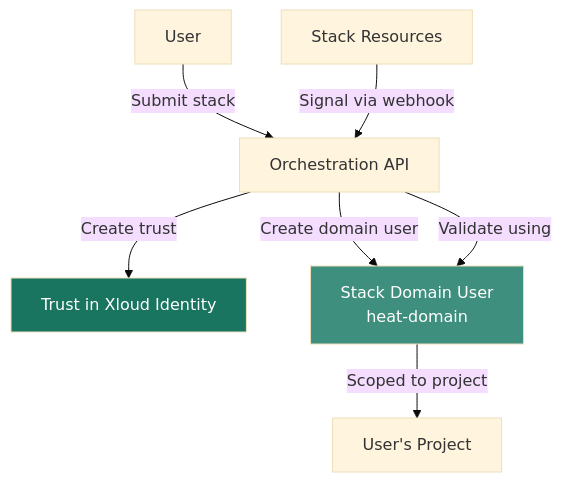
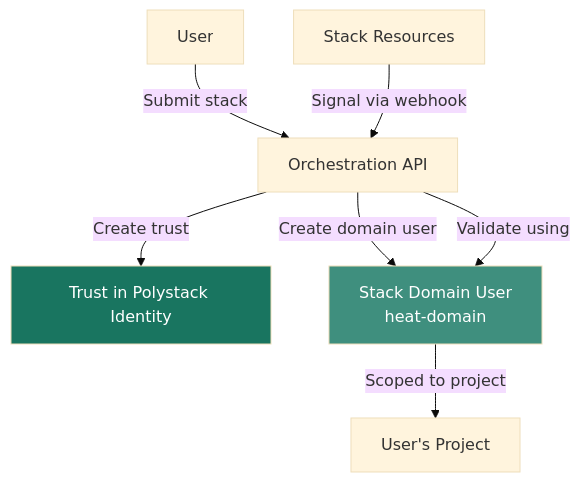
One commit to ankur-kumar87/docs-polystack changed the diagram in services/orchestration/security.mdx. Above: the diagram before and after it, drawn with Mermaid (base theme). The commit also changed other lines of this file and 425 other files, not shown here.

````diff
--- a/services/orchestration/security.mdx
+++ b/services/orchestration/security.mdx
@@ -30,11 +30,11 @@
 ```mermaid
 graph TD
     U[User] -->|Submit stack| API[Orchestration API]
-    API -->|Create trust| TRUST[Trust in Xloud Identity]
+    API -->|Create trust| TRUST[Trust in Polystack Identity]
     API -->|Create domain user| DU[Stack Domain User<br/>heat-domain]
     STACK[Stack Resources] -->|Signal via webhook| API
     API -->|Validate using| DU
     DU -->|Scoped to project| PROJECT[User's Project]
     style TRUST fill:#197560,color:#fff
     style DU fill:#3F8F7E,color:#fff
 ```
````
